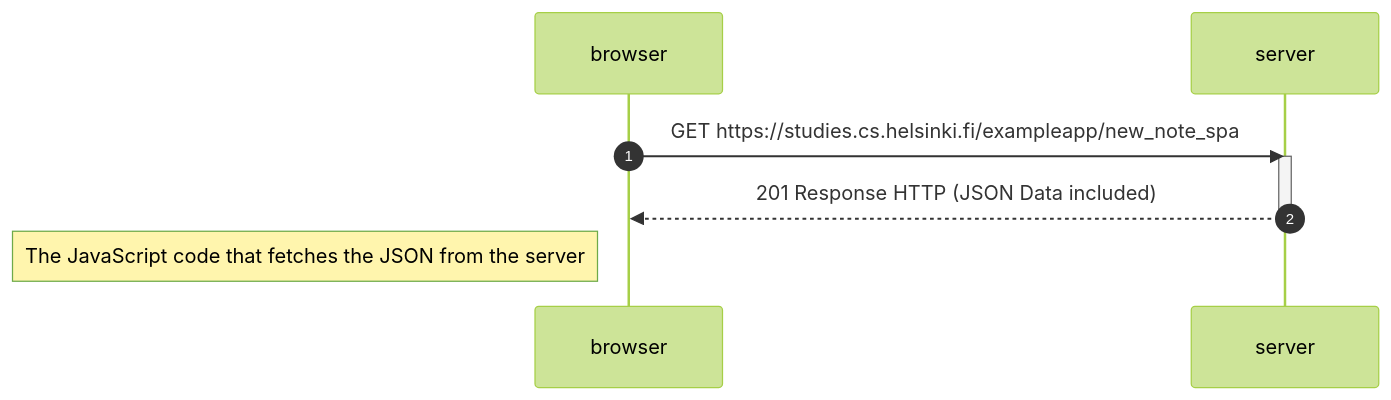
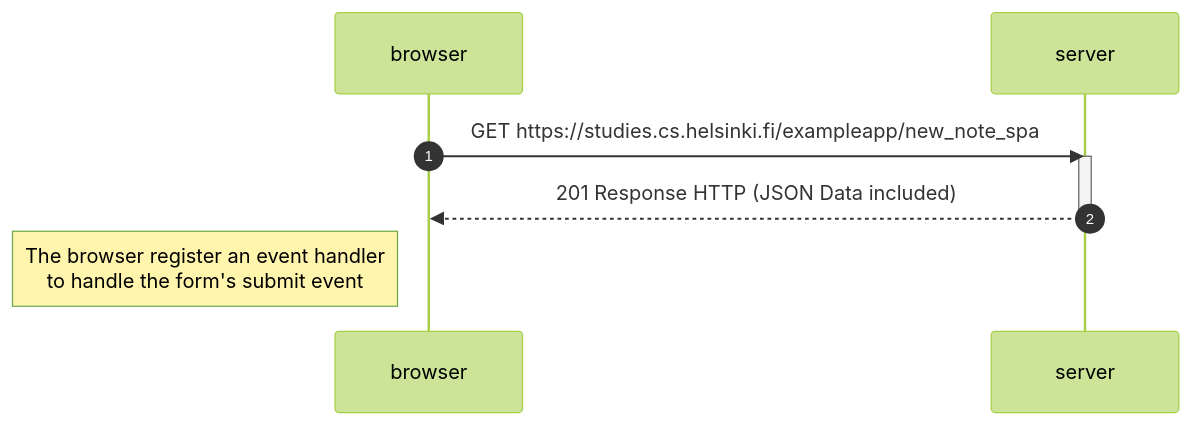
One commit to joshitobuba/example_app changed the diagram in part0/exercise_0_6.md. Above: the diagram before and after it, drawn with Mermaid (forest theme).

````diff
--- a/part0/exercise_0_6.md
+++ b/part0/exercise_0_6.md
@@ -1,14 +1,14 @@
 ```mermaid
   sequenceDiagram
     autonumber
     participant browser
     participant server
 
     browser->>server: GET https://studies.cs.helsinki.fi/exampleapp/new_note_spa
     activate server
     server-->>browser: 201 Response HTTP (JSON Data included)
     deactivate server
 
-    note left of browser: The JavaScript code that fetches the JSON from the server
+    note left of browser: The browser register an event handler<br/>to handle the form's submit event
 
 ```
````
